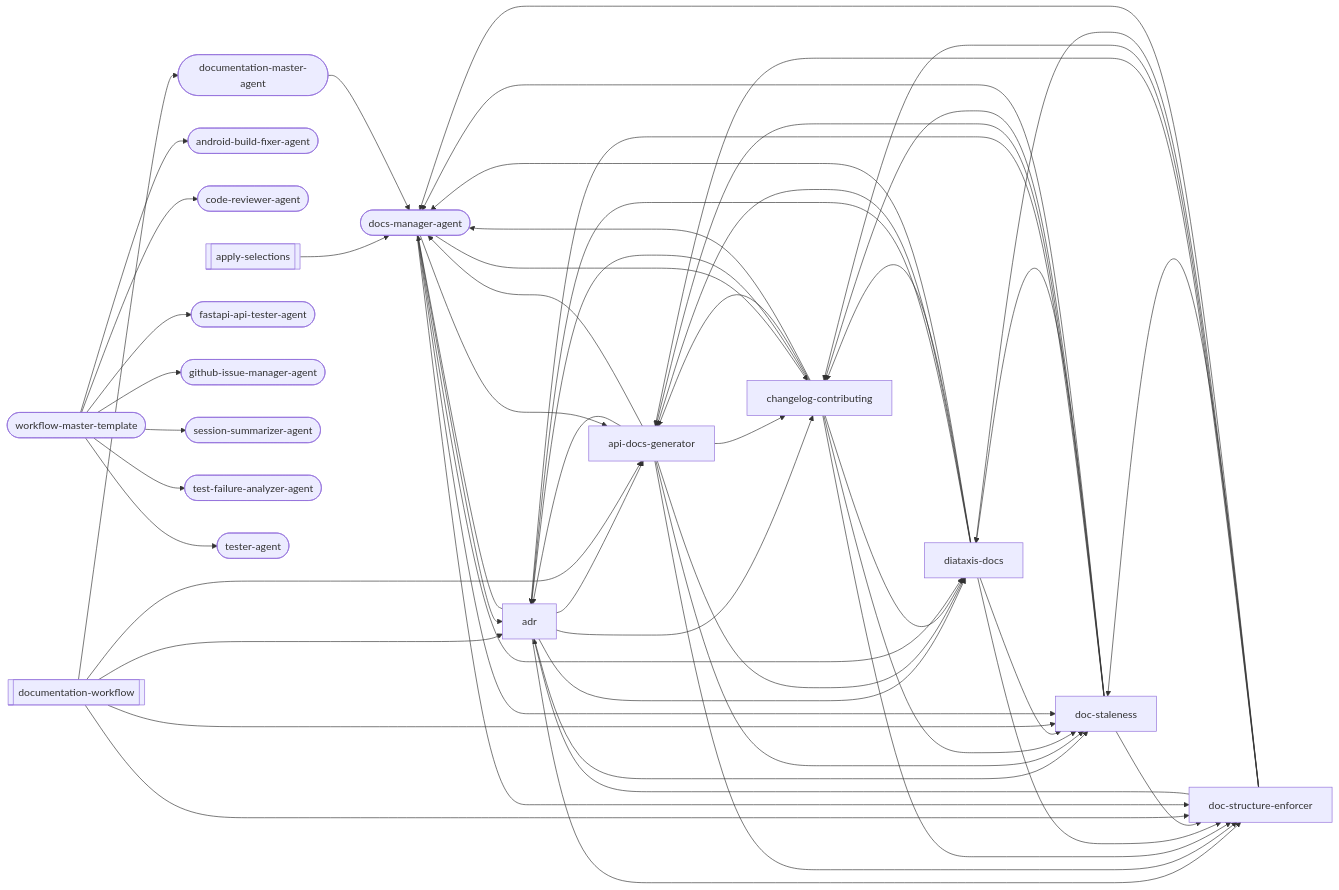
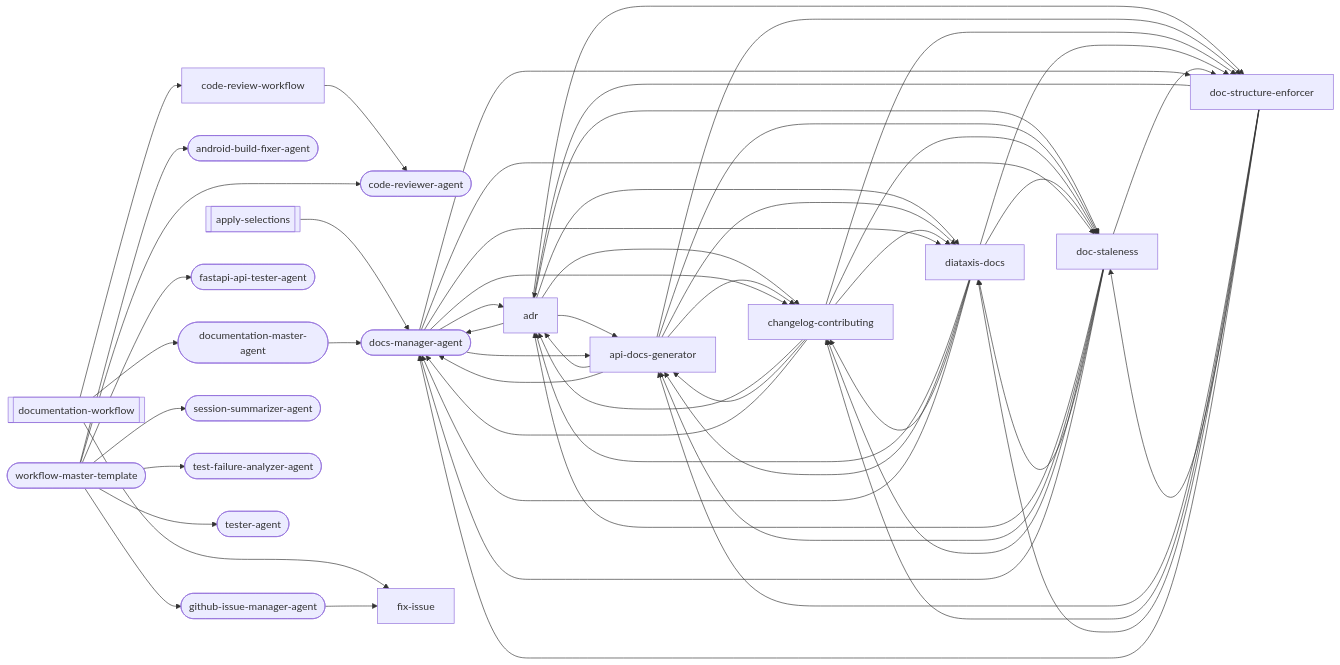
The fourth of 14 diagrams in docs/workflows/documentation.md (abhayla/claude-best-practices), drawn with Mermaid before and after one commit. The commit also changed other lines of this file and 12 other files, not shown here.

````diff
--- a/docs/workflows/documentation.md
+++ b/docs/workflows/documentation.md
@@ -455,77 +564,79 @@
 ```mermaid
 graph LR
     apply_selections[["apply-selections"]]
     documentation_workflow[["documentation-workflow"]]
     workflow_master_template(["workflow-master-template"])
     adr["adr"]
     android_build_fixer_agent(["android-build-fixer-agent"])
     api_docs_generator["api-docs-generator"]
     changelog_contributing["changelog-contributing"]
+    code_review_workflow["code-review-workflow"]
     code_reviewer_agent(["code-reviewer-agent"])
     diataxis_docs["diataxis-docs"]
     doc_staleness["doc-staleness"]
     doc_structure_enforcer["doc-structure-enforcer"]
     docs_manager_agent(["docs-manager-agent"])
     documentation_master_agent(["documentation-master-agent"])
     fastapi_api_tester_agent(["fastapi-api-tester-agent"])
+    fix_issue["fix-issue"]
     github_issue_manager_agent(["github-issue-manager-agent"])
     session_summarizer_agent(["session-summarizer-agent"])
     test_failure_analyzer_agent(["test-failure-analyzer-agent"])
     tester_agent(["tester-agent"])
     adr --> api_docs_generator
     adr --> changelog_contributing
     adr --> diataxis_docs
     adr --> doc_staleness
     adr --> doc_structure_enforcer
     adr --> docs_manager_agent
     api_docs_generator --> adr
     api_docs_generator --> changelog_contributing
     api_docs_generator --> diataxis_docs
     api_docs_generator --> doc_staleness
     api_docs_generator --> doc_structure_enforcer
     api_docs_generator --> docs_manager_agent
     apply_selections --> docs_manager_agent
     changelog_contributing --> adr
     changelog_contributing --> api_docs_generator
     changelog_contributing --> diataxis_docs
     changelog_contributing --> doc_staleness
     changelog_contributing --> doc_structure_enforcer
     changelog_contributing --> docs_manager_agent
+    code_review_workflow --> code_reviewer_agent
     diataxis_docs --> adr
     diataxis_docs --> api_docs_generator
     diataxis_docs --> changelog_contributing
     diataxis_docs --> doc_staleness
     diataxis_docs --> doc_structure_enforcer
     diataxis_docs --> docs_manager_agent
     doc_staleness --> adr
     doc_staleness --> api_docs_generator
     doc_staleness --> changelog_contributing
     doc_staleness --> diataxis_docs
     doc_staleness --> doc_structure_enforcer
     doc_staleness --> docs_manager_agent
     doc_structure_enforcer --> adr
     doc_structure_enforcer --> api_docs_generator
     doc_structure_enforcer --> changelog_contributing
     doc_structure_enforcer --> diataxis_docs
     doc_structure_enforcer --> doc_staleness
     doc_structure_enforcer --> docs_manager_agent
-    documentation_workflow --> adr
-    documentation_workflow --> api_docs_generator
-    documentation_workflow --> doc_staleness
-    documentation_workflow --> doc_structure_enforcer
+    documentation_workflow --> code_review_workflow
+    documentation_workflow --> fix_issue
     documentation_workflow --> documentation_master_agent
     docs_manager_agent --> adr
     docs_manager_agent --> api_docs_generator
     docs_manager_agent --> changelog_contributing
     docs_manager_agent --> diataxis_docs
     docs_manager_agent --> doc_staleness
     docs_manager_agent --> doc_structure_enforcer
     documentation_master_agent --> docs_manager_agent
+    github_issue_manager_agent --> fix_issue
     workflow_master_template --> android_build_fixer_agent
     workflow_master_template --> code_reviewer_agent
     workflow_master_template --> fastapi_api_tester_agent
     workflow_master_template --> github_issue_manager_agent
     workflow_master_template --> session_summarizer_agent
     workflow_master_template --> test_failure_analyzer_agent
     workflow_master_template --> tester_agent
 ```
````
